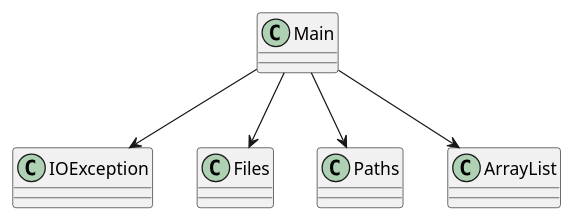
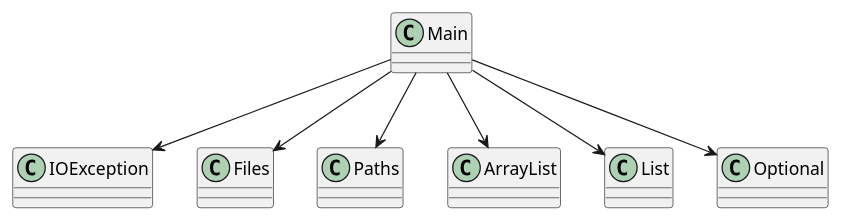
Before and after one commit to SirMathhman/Magma: the diagram in diagram.puml, drawn with PlantUML. The commit also changed 1 other file, not shown here.

```diff
--- a/diagram.puml
+++ b/diagram.puml
@@ -1,7 +1,9 @@
 @startuml
 Main --> IOException
 Main --> Files
 Main --> Paths
 Main --> ArrayList
+Main --> List
+Main --> Optional
 class Main
 @enduml
```
